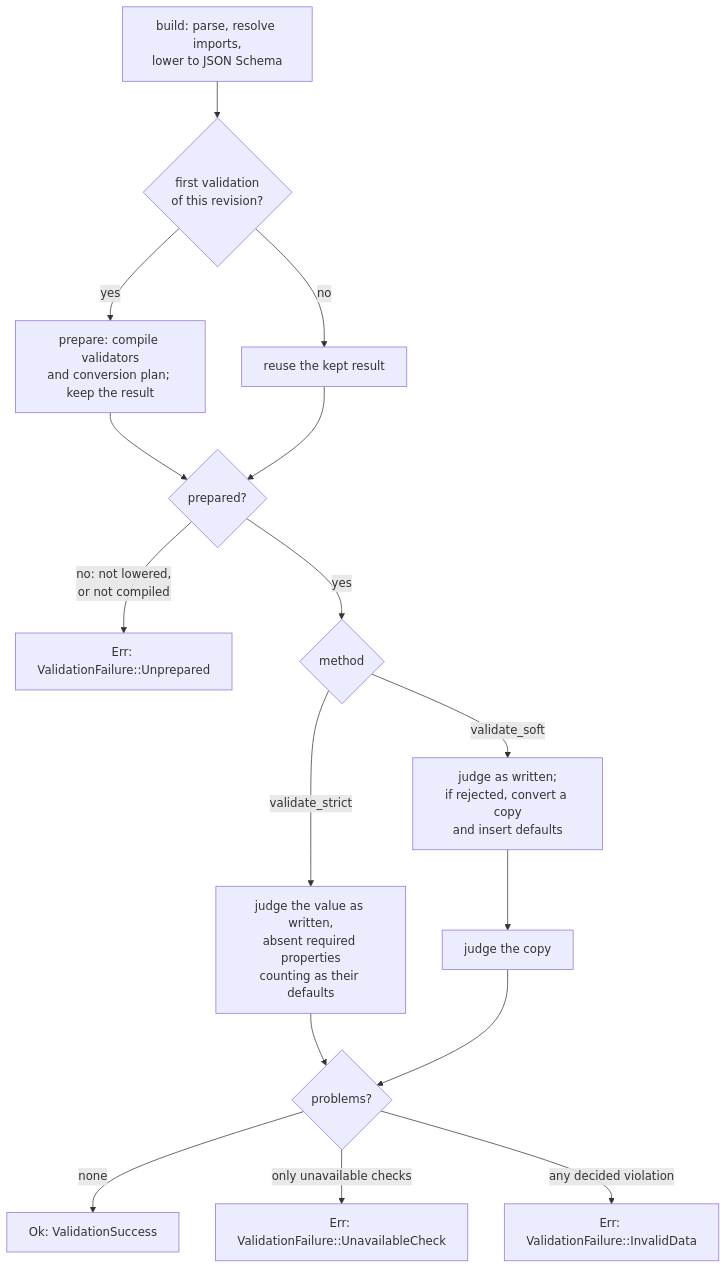
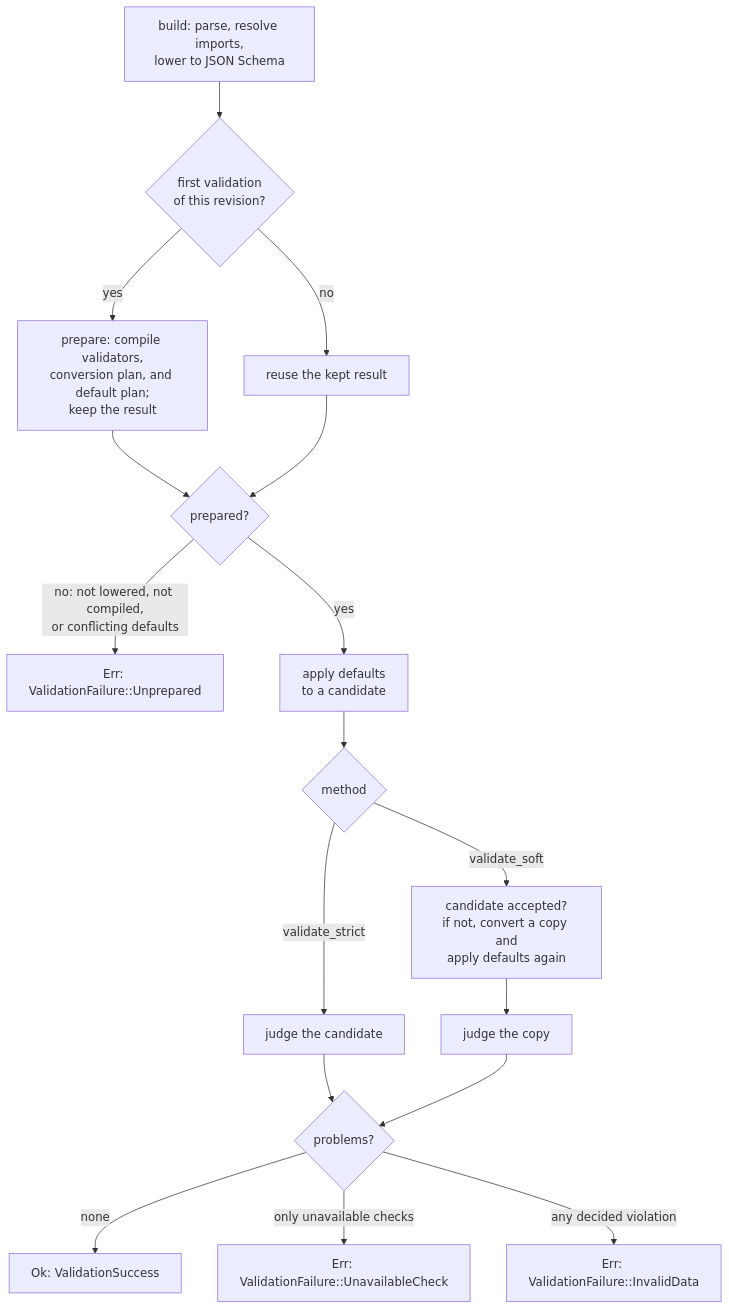
One commit to yankeeinlondon/rusty-biscuit changed the first of 2 diagrams in simplified-schema/docs/topics/validation.md. Above: the diagram before and after it, drawn with Mermaid. The commit also changed other lines of this file and 59 other files, not shown here.

````diff
--- a/simplified-schema/docs/topics/validation.md
+++ b/simplified-schema/docs/topics/validation.md
@@ -48,18 +52,19 @@
 ```mermaid
 flowchart TD
     build["build: parse, resolve imports,<br/>lower to JSON Schema"] --> first{"first validation<br/>of this revision?"}
-    first -- yes --> prepare["prepare: compile validators<br/>and conversion plan; keep the result"]
+    first -- yes --> prepare["prepare: compile validators,<br/>conversion plan, and default plan;<br/>keep the result"]
     first -- no --> cached["reuse the kept result"]
     prepare --> ready{"prepared?"}
     cached --> ready
-    ready -- "no: not lowered,<br/>or not compiled" --> unprepared["Err: ValidationFailure::Unprepared"]
-    ready -- yes --> mode{"method"}
-    mode -- validate_strict --> judge["judge the value as written,<br/>absent required properties<br/>counting as their defaults"]
-    mode -- validate_soft --> soft["judge as written;<br/>if rejected, convert a copy<br/>and insert defaults"]
+    ready -- "no: not lowered, not compiled,<br/>or conflicting defaults" --> unprepared["Err: ValidationFailure::Unprepared"]
+    ready -- yes --> defaults["apply defaults<br/>to a candidate"]
+    defaults --> mode{"method"}
+    mode -- validate_strict --> judge["judge the candidate"]
+    mode -- validate_soft --> soft["candidate accepted?<br/>if not, convert a copy and<br/>apply defaults again"]
     soft --> judge2["judge the copy"]
     judge --> verdict{"problems?"}
     judge2 --> verdict
     verdict -- none --> success["Ok: ValidationSuccess"]
     verdict -- "only unavailable checks" --> unavailable["Err: ValidationFailure::UnavailableCheck"]
     verdict -- "any decided violation" --> invalid["Err: ValidationFailure::InvalidData"]
 ```
````
